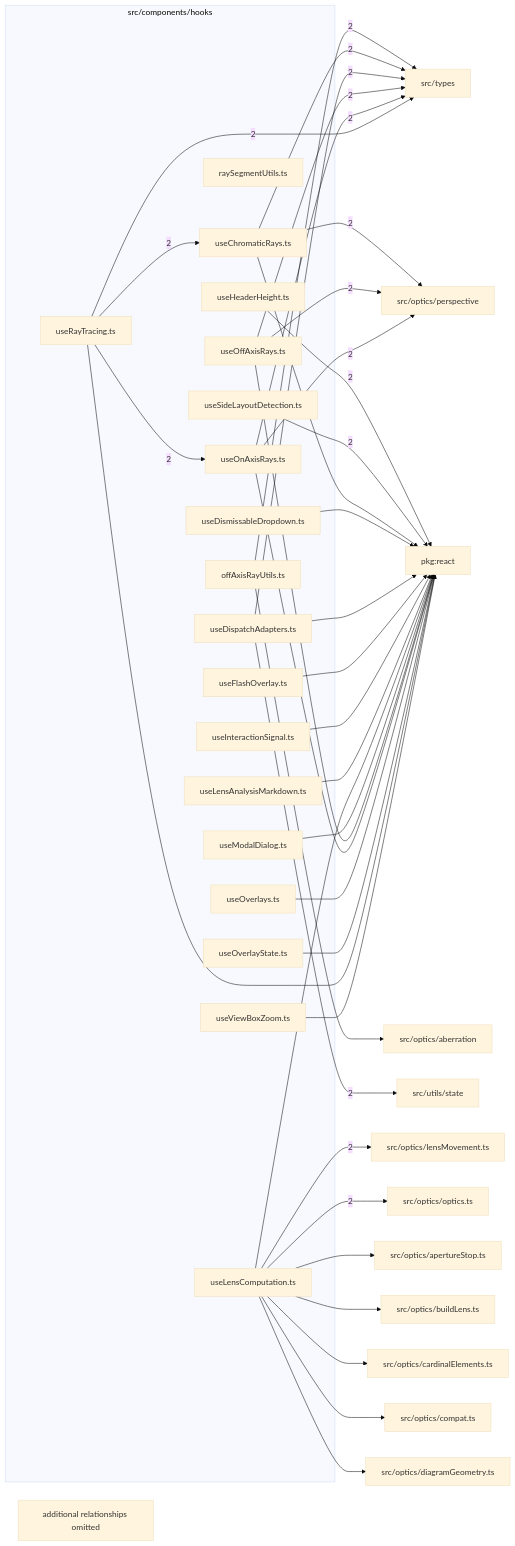
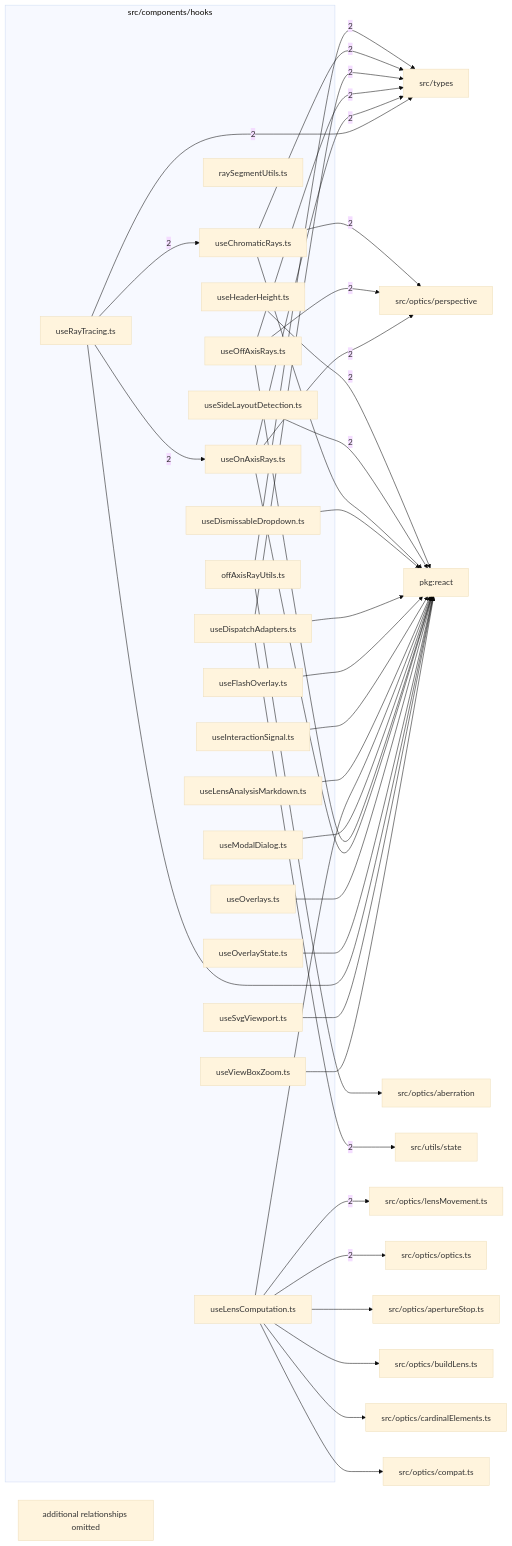
Before and after one commit to ronbuening/LensVisualizer: the diagram in src/components/hooks/readme.md, drawn with Mermaid (base theme). The commit also changed other lines of this file and 11 other files, not shown here.

````diff
--- a/src/components/hooks/readme.md
+++ b/src/components/hooks/readme.md
@@ -9,72 +9,72 @@
 ```mermaid
 flowchart LR
   subgraph n_src_components_hooks["src/components/hooks"]
     n_src_components_hooks_src_components_hooks_offAxisRayUtils_ts["offAxisRayUtils.ts"]
     n_src_components_hooks_src_components_hooks_raySegmentUtils_ts["raySegmentUtils.ts"]
     n_src_components_hooks_src_components_hooks_useChromaticRays_ts["useChromaticRays.ts"]
     n_src_components_hooks_src_components_hooks_useDismissableDropdown_ts["useDismissableDropdown.ts"]
     n_src_components_hooks_src_components_hooks_useDispatchAdapters_ts["useDispatchAdapters.ts"]
     n_src_components_hooks_src_components_hooks_useFlashOverlay_ts["useFlashOverlay.ts"]
     n_src_components_hooks_src_components_hooks_useHeaderHeight_ts["useHeaderHeight.ts"]
     n_src_components_hooks_src_components_hooks_useInteractionSignal_ts["useInteractionSignal.ts"]
     n_src_components_hooks_src_components_hooks_useLensAnalysisMarkdown_ts["useLensAnalysisMarkdown.ts"]
     n_src_components_hooks_src_components_hooks_useLensComputation_ts["useLensComputation.ts"]
     n_src_components_hooks_src_components_hooks_useModalDialog_ts["useModalDialog.ts"]
     n_src_components_hooks_src_components_hooks_useOffAxisRays_ts["useOffAxisRays.ts"]
     n_src_components_hooks_src_components_hooks_useOnAxisRays_ts["useOnAxisRays.ts"]
     n_src_components_hooks_src_components_hooks_useOverlays_ts["useOverlays.ts"]
     n_src_components_hooks_src_components_hooks_useOverlayState_ts["useOverlayState.ts"]
     n_src_components_hooks_src_components_hooks_useRayTracing_ts["useRayTracing.ts"]
     n_src_components_hooks_src_components_hooks_useSideLayoutDetection_ts["useSideLayoutDetection.ts"]
+    n_src_components_hooks_src_components_hooks_useSvgViewport_ts["useSvgViewport.ts"]
     n_src_components_hooks_src_components_hooks_useViewBoxZoom_ts["useViewBoxZoom.ts"]
   end
   n_external_pkg_react["pkg:react"]
   n_external_src_optics_lensMovement_ts["src/optics/lensMovement.ts"]
   n_external_src_optics_optics_ts["src/optics/optics.ts"]
   n_external_src_optics_perspective["src/optics/perspective"]
   n_external_src_types["src/types"]
   n_external_src_utils_state["src/utils/state"]
   n_external_src_optics_aberration["src/optics/aberration"]
   n_external_src_optics_apertureStop_ts["src/optics/apertureStop.ts"]
   n_external_src_optics_buildLens_ts["src/optics/buildLens.ts"]
   n_external_src_optics_cardinalElements_ts["src/optics/cardinalElements.ts"]
   n_external_src_optics_compat_ts["src/optics/compat.ts"]
-  n_external_src_optics_diagramGeometry_ts["src/optics/diagramGeometry.ts"]
   n_src_components_hooks_src_components_hooks_useHeaderHeight_ts --> |2| n_external_pkg_react
   n_src_components_hooks_src_components_hooks_useSideLayoutDetection_ts --> |2| n_external_pkg_react
   n_src_components_hooks_src_components_hooks_useLensComputation_ts --> |2| n_external_src_optics_lensMovement_ts
   n_src_components_hooks_src_components_hooks_useLensComputation_ts --> |2| n_external_src_optics_optics_ts
   n_src_components_hooks_src_components_hooks_useChromaticRays_ts --> |2| n_external_src_optics_perspective
   n_src_components_hooks_src_components_hooks_useOffAxisRays_ts --> |2| n_external_src_optics_perspective
   n_src_components_hooks_src_components_hooks_useOnAxisRays_ts --> |2| n_external_src_optics_perspective
   n_src_components_hooks_src_components_hooks_offAxisRayUtils_ts --> |2| n_external_src_types
   n_src_components_hooks_src_components_hooks_useChromaticRays_ts --> |2| n_external_src_types
   n_src_components_hooks_src_components_hooks_useDispatchAdapters_ts --> |2| n_external_src_types
   n_src_components_hooks_src_components_hooks_useOffAxisRays_ts --> |2| n_external_src_types
   n_src_components_hooks_src_components_hooks_useOnAxisRays_ts --> |2| n_external_src_types
   n_src_components_hooks_src_components_hooks_useRayTracing_ts --> |2| n_external_src_types
   n_src_components_hooks_src_components_hooks_useDispatchAdapters_ts --> |2| n_external_src_utils_state
   n_src_components_hooks_src_components_hooks_useRayTracing_ts --> |2| n_src_components_hooks_src_components_hooks_useChromaticRays_ts
   n_src_components_hooks_src_components_hooks_useRayTracing_ts --> |2| n_src_components_hooks_src_components_hooks_useOnAxisRays_ts
   n_src_components_hooks_src_components_hooks_useChromaticRays_ts --> n_external_pkg_react
   n_src_components_hooks_src_components_hooks_useDismissableDropdown_ts --> n_external_pkg_react
   n_src_components_hooks_src_components_hooks_useDispatchAdapters_ts --> n_external_pkg_react
   n_src_components_hooks_src_components_hooks_useFlashOverlay_ts --> n_external_pkg_react
   n_src_components_hooks_src_components_hooks_useInteractionSignal_ts --> n_external_pkg_react
   n_src_components_hooks_src_components_hooks_useLensAnalysisMarkdown_ts --> n_external_pkg_react
   n_src_components_hooks_src_components_hooks_useLensComputation_ts --> n_external_pkg_react
   n_src_components_hooks_src_components_hooks_useModalDialog_ts --> n_external_pkg_react
   n_src_components_hooks_src_components_hooks_useOffAxisRays_ts --> n_external_pkg_react
   n_src_components_hooks_src_components_hooks_useOnAxisRays_ts --> n_external_pkg_react
   n_src_components_hooks_src_components_hooks_useOverlays_ts --> n_external_pkg_react
   n_src_components_hooks_src_components_hooks_useOverlayState_ts --> n_external_pkg_react
   n_src_components_hooks_src_components_hooks_useRayTracing_ts --> n_external_pkg_react
+  n_src_components_hooks_src_components_hooks_useSvgViewport_ts --> n_external_pkg_react
   n_src_components_hooks_src_components_hooks_useViewBoxZoom_ts --> n_external_pkg_react
   n_src_components_hooks_src_components_hooks_offAxisRayUtils_ts --> n_external_src_optics_aberration
   n_src_components_hooks_src_components_hooks_useLensComputation_ts --> n_external_src_optics_apertureStop_ts
   n_src_components_hooks_src_components_hooks_useLensComputation_ts --> n_external_src_optics_buildLens_ts
   n_src_components_hooks_src_components_hooks_useLensComputation_ts --> n_external_src_optics_cardinalElements_ts
   n_src_components_hooks_src_components_hooks_useLensComputation_ts --> n_external_src_optics_compat_ts
-  n_src_components_hooks_src_components_hooks_useLensComputation_ts --> n_external_src_optics_diagramGeometry_ts
   n_src_components_hooks_truncated["additional relationships omitted"]
 ```
````
